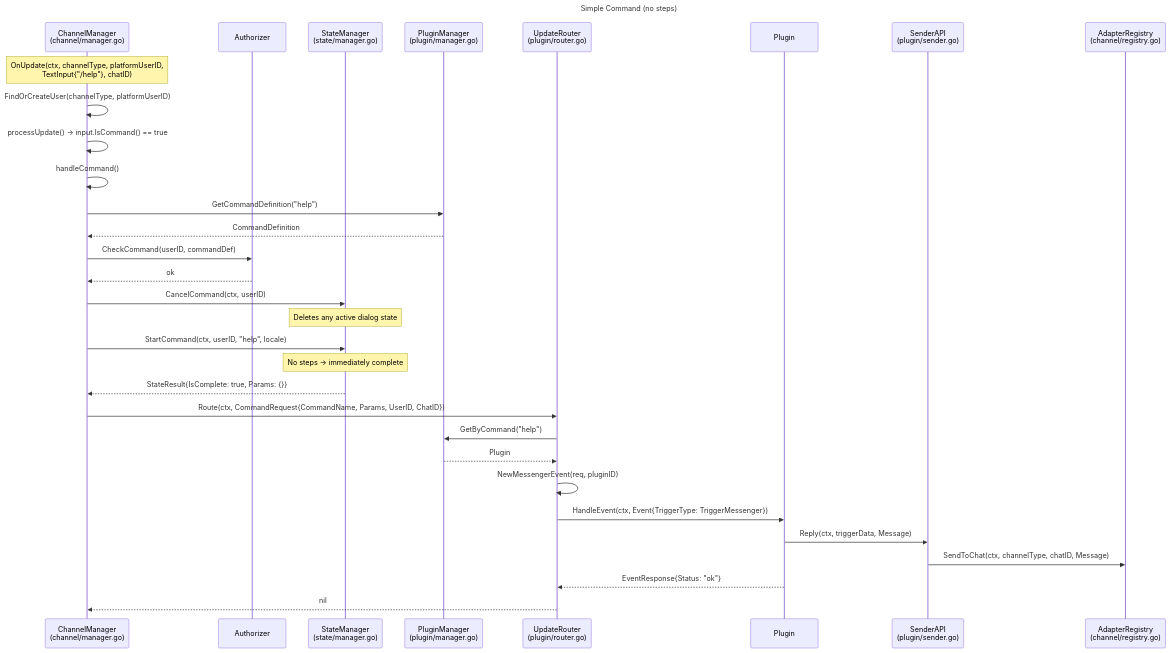
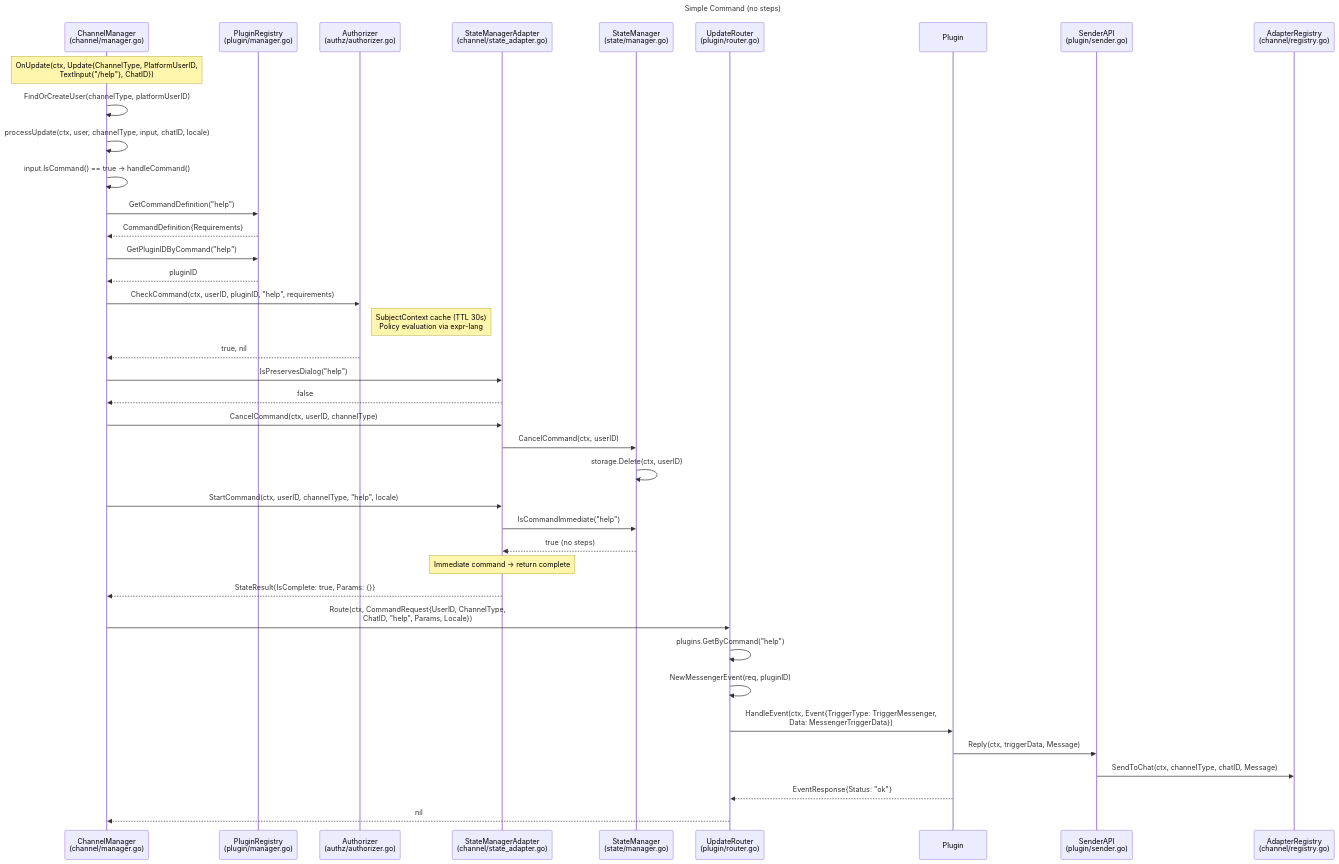
The diagram in docs/seq-command-simple.mmd (StaZisS/SuperBotGo), drawn with Mermaid before and after one commit. The commit also changed 7 other files, not shown here.

```diff
--- a/docs/seq-command-simple.mmd
+++ b/docs/seq-command-simple.mmd
@@ -1,42 +1,51 @@
 sequenceDiagram
     title Simple Command (no steps)
 
     participant CM as ChannelManager<br/>(channel/manager.go)
-    participant Auth as Authorizer
+    participant PR as PluginRegistry<br/>(plugin/manager.go)
+    participant Auth as Authorizer<br/>(authz/authorizer.go)
+    participant SMA as StateManagerAdapter<br/>(channel/state_adapter.go)
     participant SM as StateManager<br/>(state/manager.go)
-    participant PM as PluginManager<br/>(plugin/manager.go)
     participant UR as UpdateRouter<br/>(plugin/router.go)
     participant Plugin as Plugin
     participant Sender as SenderAPI<br/>(plugin/sender.go)
     participant AR as AdapterRegistry<br/>(channel/registry.go)
 
-    Note over CM: OnUpdate(ctx, channelType, platformUserID,<br/>TextInput{"/help"}, chatID)
+    Note over CM: OnUpdate(ctx, Update{ChannelType, PlatformUserID,<br/>TextInput{"/help"}, ChatID})
     CM->>CM: FindOrCreateUser(channelType, platformUserID)
-    CM->>CM: processUpdate() → input.IsCommand() == true
-    CM->>CM: handleCommand()
+    CM->>CM: processUpdate(ctx, user, channelType, input, chatID, locale)
+    CM->>CM: input.IsCommand() == true → handleCommand()
 
-    CM->>PM: GetCommandDefinition("help")
-    PM-->>CM: CommandDefinition
+    CM->>PR: GetCommandDefinition("help")
+    PR-->>CM: CommandDefinition{Requirements}
 
-    CM->>Auth: CheckCommand(userID, commandDef)
-    Auth-->>CM: ok
+    CM->>PR: GetPluginIDByCommand("help")
+    PR-->>CM: pluginID
 
-    CM->>SM: CancelCommand(ctx, userID)
-    Note over SM: Deletes any active dialog state
+    CM->>Auth: CheckCommand(ctx, userID, pluginID, "help", requirements)
+    Note right of Auth: SubjectContext cache (TTL 30s)<br/>Policy evaluation via expr-lang
+    Auth-->>CM: true, nil
 
-    CM->>SM: StartCommand(ctx, userID, "help", locale)
-    Note over SM: No steps → immediately complete
-    SM-->>CM: StateResult{IsComplete: true, Params: {}}
+    CM->>SMA: IsPreservesDialog("help")
+    SMA-->>CM: false
 
-    CM->>UR: Route(ctx, CommandRequest{CommandName, Params, UserID, ChatID})
-    UR->>PM: GetByCommand("help")
-    PM-->>UR: Plugin
+    CM->>SMA: CancelCommand(ctx, userID, channelType)
+    SMA->>SM: CancelCommand(ctx, userID)
+    SM->>SM: storage.Delete(ctx, userID)
 
+    CM->>SMA: StartCommand(ctx, userID, channelType, "help", locale)
+    SMA->>SM: IsCommandImmediate("help")
+    SM-->>SMA: true (no steps)
+    Note over SMA: Immediate command → return complete
+    SMA-->>CM: StateResult{IsComplete: true, Params: {}}
+
+    CM->>UR: Route(ctx, CommandRequest{UserID, ChannelType,<br/>ChatID, "help", Params, Locale})
+    UR->>UR: plugins.GetByCommand("help")
     UR->>UR: NewMessengerEvent(req, pluginID)
-    UR->>Plugin: HandleEvent(ctx, Event{TriggerType: TriggerMessenger})
+    UR->>Plugin: HandleEvent(ctx, Event{TriggerType: TriggerMessenger,<br/>Data: MessengerTriggerData})
 
     Plugin->>Sender: Reply(ctx, triggerData, Message)
     Sender->>AR: SendToChat(ctx, channelType, chatID, Message)
 
     Plugin-->>UR: EventResponse{Status: "ok"}
     UR-->>CM: nil
```
